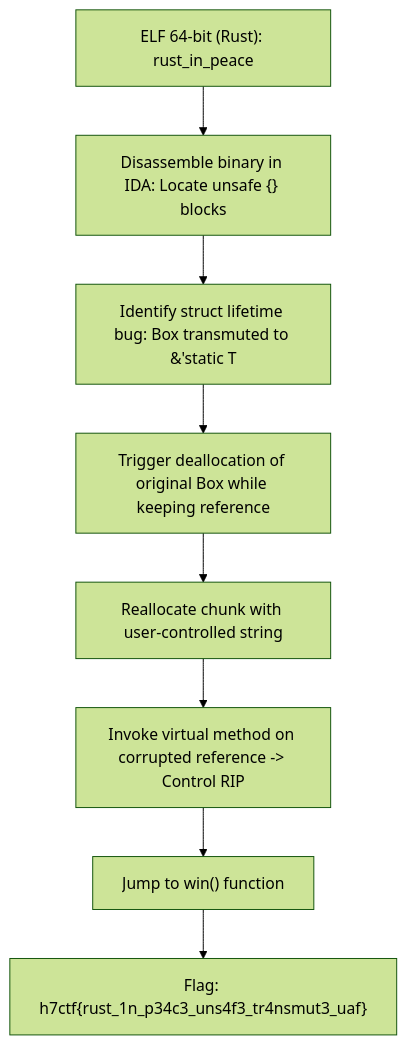
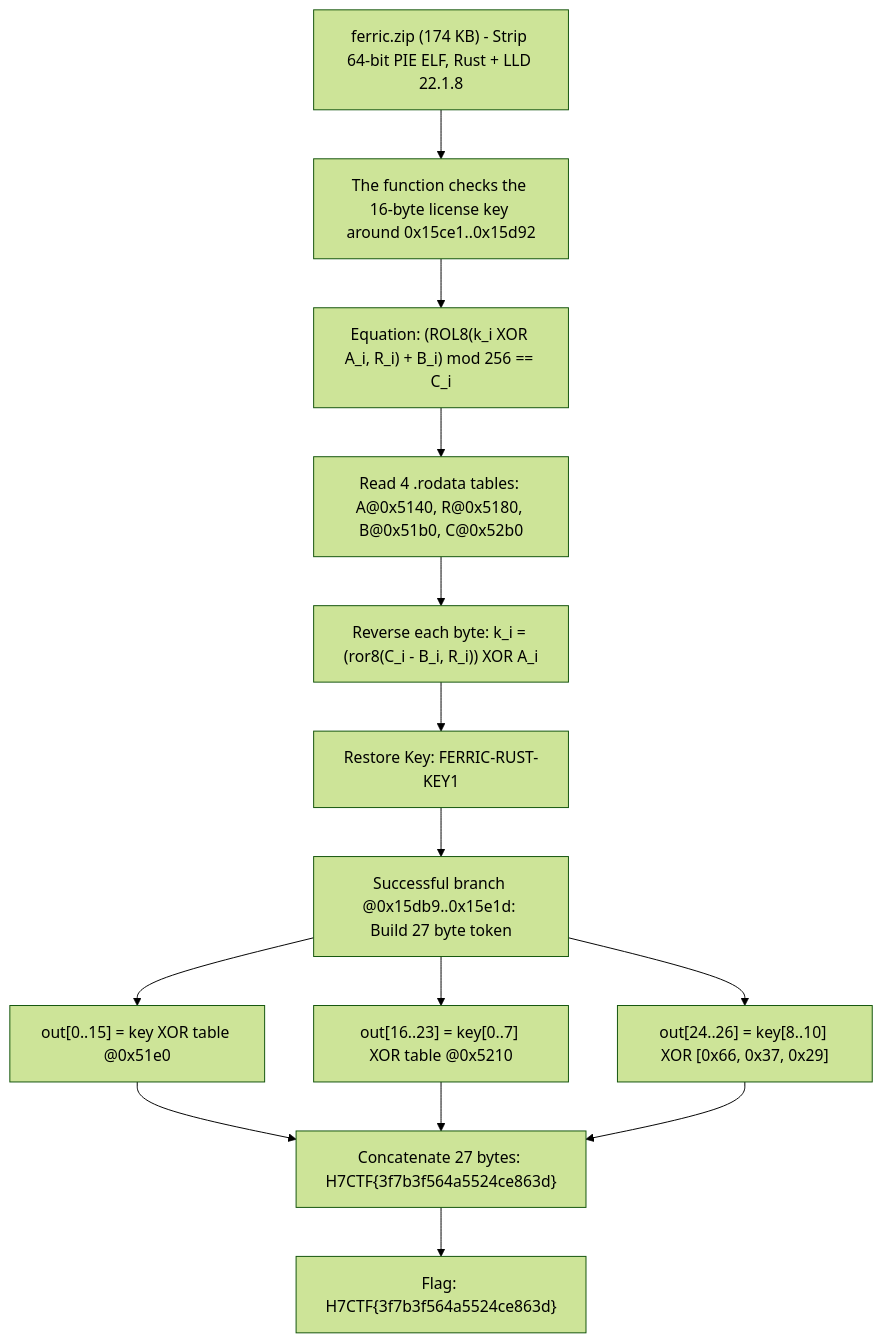
One commit to Lizamort1/ctf-writeups changed the second of 2 diagrams in _posts/2026-09-27-rust-in-peace.md. Above: the diagram before and after it, drawn with Mermaid (forest theme). The commit also changed other lines of this file and 42 other files, not shown here.

Commit message:
fix: synchronize bilingual writeups and redraw diagrams

````diff
--- a/_posts/2026-09-27-rust-in-peace.md
+++ b/_posts/2026-09-27-rust-in-peace.md
@@ -131,10 +138,16 @@
 ```mermaid
 flowchart TD
-    A["ELF 64-bit (Rust): rust_in_peace"] --> B["Disassemble binary in IDA: Locate unsafe {} blocks"]
-    B --> C["Identify struct lifetime bug: Box<T> transmuted to &'static T"]
-    C --> D["Trigger deallocation of original Box while keeping reference"]
-    D --> E["Reallocate chunk with user-controlled string"]
-    E --> F["Invoke virtual method on corrupted reference -> Control RIP"]
-    F --> G["Jump to win() function"]
-    G --> H["Flag: h7ctf{rust_1n_p34c3_uns4f3_tr4nsmut3_uaf}"]
+    A["ferric.zip (174 KB) - Strip 64-bit PIE ELF, Rust + LLD 22.1.8"] --> B["The function checks the 16-byte license key around 0x15ce1..0x15d92"]
+    B --> C["Equation: (ROL8(k_i XOR A_i, R_i) + B_i) mod 256 == C_i"]
+    C --> D["Read 4 .rodata tables: A@0x5140, R@0x5180, B@0x51b0, C@0x52b0"]
+    D --> E["Reverse each byte: k_i = (ror8(C_i - B_i, R_i)) XOR A_i"]
+    E --> F["Restore Key: FERRIC-RUST-KEY1"]
+    F --> G["Successful branch @0x15db9..0x15e1d: Build 27 byte token"]
+    G --> H["out[0..15] = key XOR table @0x51e0"]
+    G --> I["out[16..23] = key[0..7] XOR table @0x5210"]
+    G --> J["out[24..26] = key[8..10] XOR [0x66, 0x37, 0x29]"]
+    H --> K["Concatenate 27 bytes: H7CTF{3f7b3f564a5524ce863d}"]
+    I --> K
+    J --> K
+    K --> L["Flag: H7CTF{3f7b3f564a5524ce863d}"]
 ```
````
